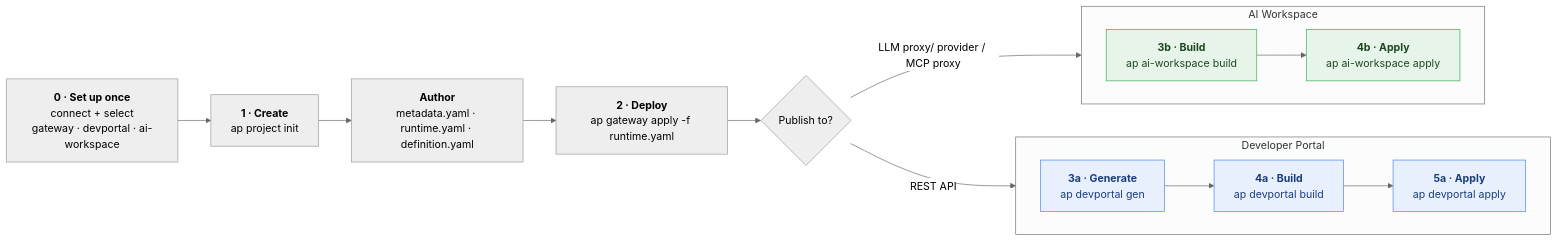
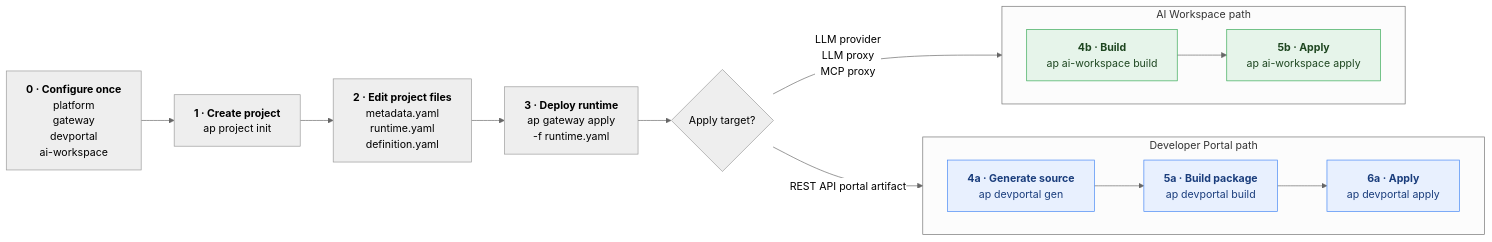
One commit to wso2/api-platform changed the diagram in docs/cli/end-to-end-workflow.md. Above: the diagram before and after it, drawn with Mermaid (neutral theme). The commit also changed other lines of this file and 2 other files, not shown here.

Commit message:
update end to end flow

````diff
--- a/docs/cli/end-to-end-workflow.md
+++ b/docs/cli/end-to-end-workflow.md
@@ -13,25 +33,26 @@
 ```mermaid
 flowchart LR
-    A["<b>0 · Set up once</b><br/>connect + select<br/>gateway · devportal · ai-workspace"] --> B["<b>1 · Create</b><br/>ap project init"]
-    B --> C["<b>Author</b><br/>metadata.yaml · runtime.yaml · definition.yaml"]
-    C --> D["<b>2 · Deploy</b><br/>ap gateway apply -f runtime.yaml"]
-    D --> E{"Publish to?"}
+    A["<b>0 · Configure once</b><br/>platform<br/>gateway<br/>devportal<br/>ai-workspace"] --> B["<b>1 · Create project</b><br/>ap project init"]
+    B --> C["<b>2 · Edit project files</b><br/>metadata.yaml<br/>runtime.yaml<br/>definition.yaml"]
 
-    subgraph DP["Developer Portal"]
+    C --> D["<b>3 · Deploy runtime</b><br/>ap gateway apply<br/>-f runtime.yaml"]
+    D --> E{"Apply target?"}
+
+    subgraph DP["Developer Portal path"]
         direction LR
-        F["<b>3a · Generate</b><br/>ap devportal gen"] --> G["<b>4a · Build</b><br/>ap devportal build"] --> H["<b>5a · Apply</b><br/>ap devportal apply"]
+        F["<b>4a · Generate source</b><br/>ap devportal gen"] --> G["<b>5a · Build package</b><br/>ap devportal build"] --> H["<b>6a · Apply</b><br/>ap devportal apply"]
     end
 
-    subgraph AW["AI Workspace"]
+    subgraph AW["AI Workspace path"]
         direction LR
-        I["<b>3b · Build</b><br/>ap ai-workspace build"] --> J["<b>4b · Apply</b><br/>ap ai-workspace apply"]
+        I["<b>4b · Build</b><br/>ap ai-workspace build"] --> J["<b>5b · Apply</b><br/>ap ai-workspace apply"]
     end
 
-    E -->|REST API| F
-    E -->|LLM proxy/ provider / MCP proxy| I
+    E -->|REST API portal artifact| F
+    E -->|LLM provider<br/>LLM proxy<br/>MCP proxy| I
 
     classDef dp fill:#e8f0fe,stroke:#4285f4,color:#1a3d7c;
     classDef aiws fill:#e6f4ea,stroke:#34a853,color:#1e4620;
     class F,G,H dp;
     class I,J aiws;
 ```
````
